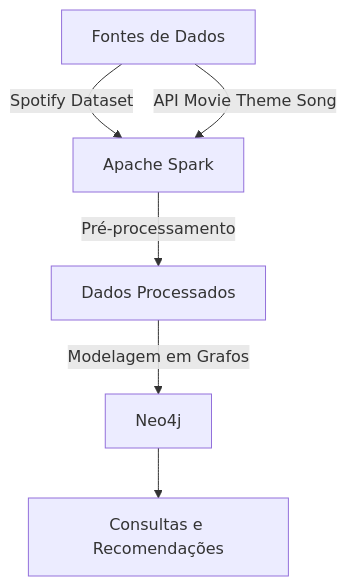
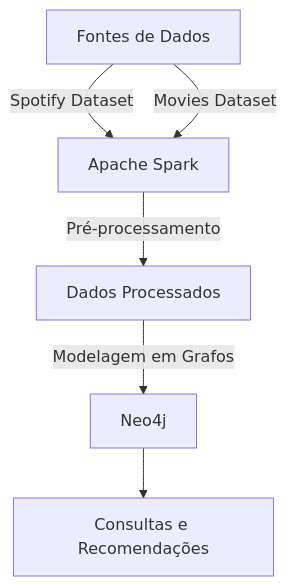
Before and after one commit to BeatrizPat/UFSCar-CC-So-PMD2025-Grupo05: the diagram in README.md, drawn with Mermaid.

````diff
--- a/README.md
+++ b/README.md
@@ -34,8 +34,8 @@
 ```mermaid
 graph TD
     A[Fontes de Dados] -->|Spotify Dataset| B[Apache Spark]
-    A -->|API Movie Theme Song| B
+    A -->|Movies Dataset| B
     B -->|Pré-processamento| C[Dados Processados]
     C -->|Modelagem em Grafos| D[Neo4j]
     D --> E[Consultas e Recomendações]
 ```
````
